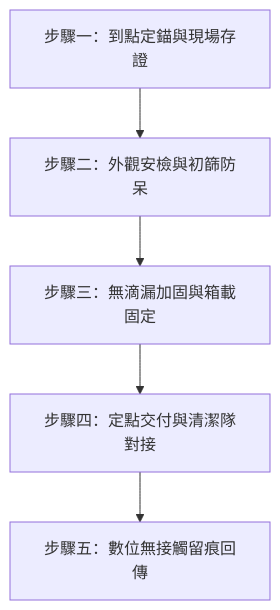
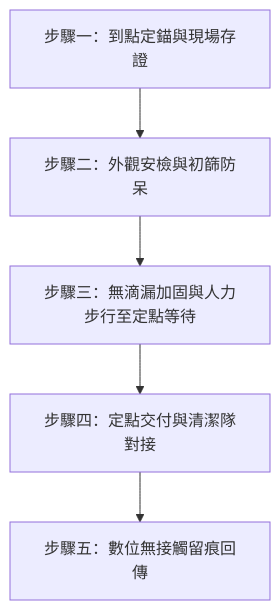
One commit to chalaw710218/00_Master_Polaris changed the diagram in 00-03_Brand_LifeButler/00-03-08_Productized_Services/02_外圈代倒垃圾包月_999與1999/01_SOP_標準作業流程.md. Above: the diagram before and after it, drawn with Mermaid. The commit also changed other lines of this file and 8 other files, not shown here.

````diff
--- a/00-03_Brand_LifeButler/00-03-08_Productized_Services/02_外圈代倒垃圾包月_999與1999/01_SOP_標準作業流程.md
+++ b/00-03_Brand_LifeButler/00-03-08_Productized_Services/02_外圈代倒垃圾包月_999與1999/01_SOP_標準作業流程.md
@@ -85,7 +78,7 @@
 ```mermaid
 flowchart TD
     A["步驟一：到點定錨與現場存證"] --> B["步驟二：外觀安檢與初篩防呆"]
-    B --> C["步驟三：無滴漏加固與箱載固定"]
+    B --> C["步驟三：無滴漏加固與人力步行至定點等待"]
     C --> D["步驟四：定點交付與清潔隊對接"]
     D --> E["步驟五：數位無接觸留痕回傳"]
 ```
````
